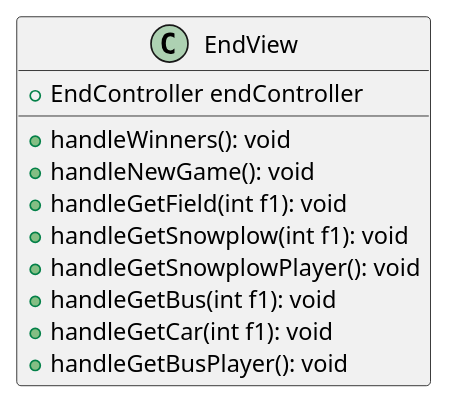
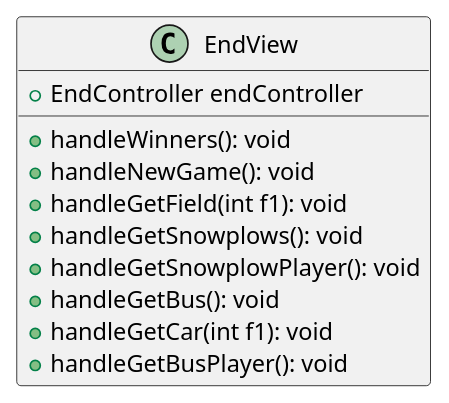
The diagram in docs/graphics/class/EndView.plantuml (uhrinandor/spring), drawn with PlantUML before and after one commit.

Commit message:
endview fix

```diff
--- a/docs/graphics/class/EndView.plantuml
+++ b/docs/graphics/class/EndView.plantuml
@@ -1,16 +1,16 @@
 class EndView{
     + EndController endController
 
     + handleWinners(): void
     + handleNewGame(): void
     + handleGetField(int f1): void
     'itt mezot kell kijelolni és megnézi hogy mi áll rajta 
-    + handleGetSnowplow(int f1): void
+    + handleGetSnowplows(): void
     + handleGetSnowplowPlayer(): void
-    + handleGetBus(int f1): void 
+    + handleGetBus(): void 
     'itt mezot kell kijelolni és megnézi hogy mi áll rajta
     + handleGetCar(int f1): void
     'itt mezot kell kijelolni és megnézi hogy mi áll rajta
     + handleGetBusPlayer(): void 
     
 }
```
